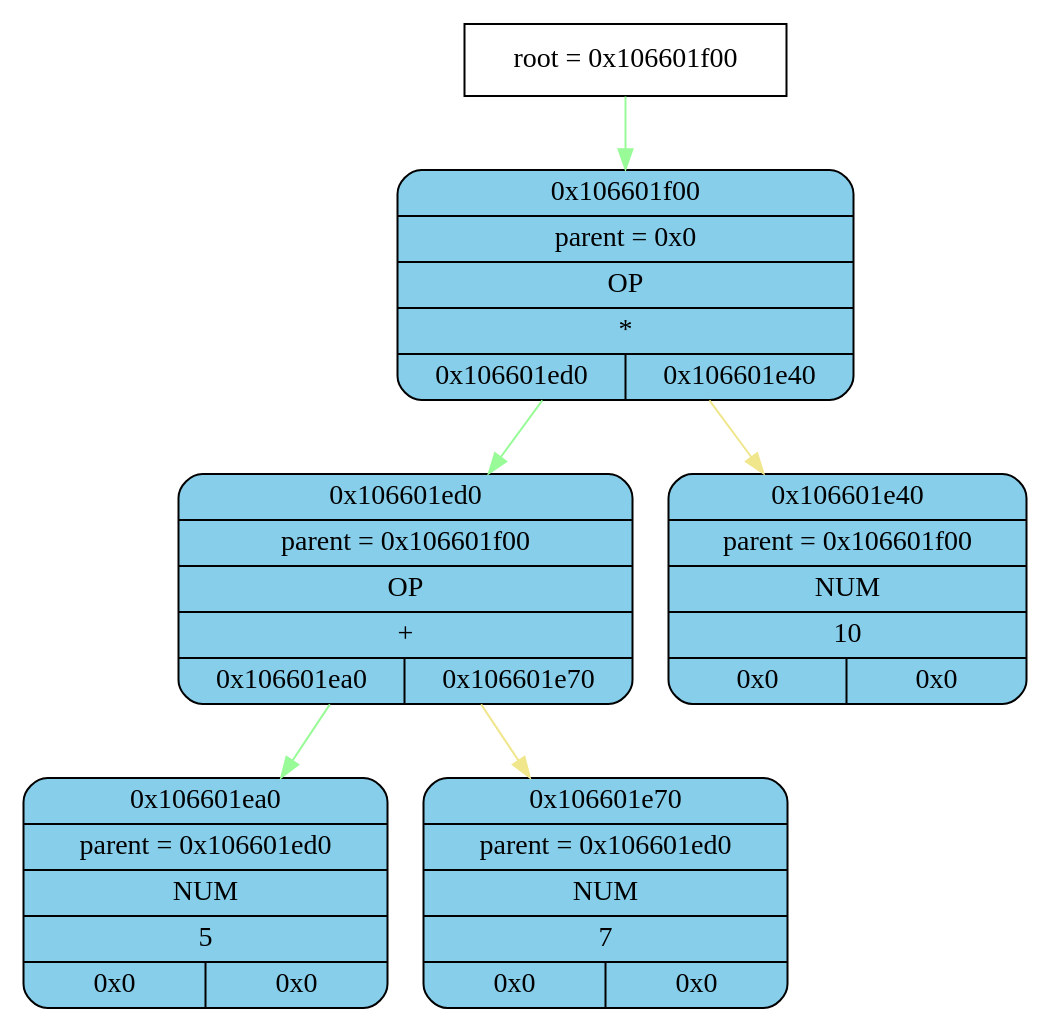
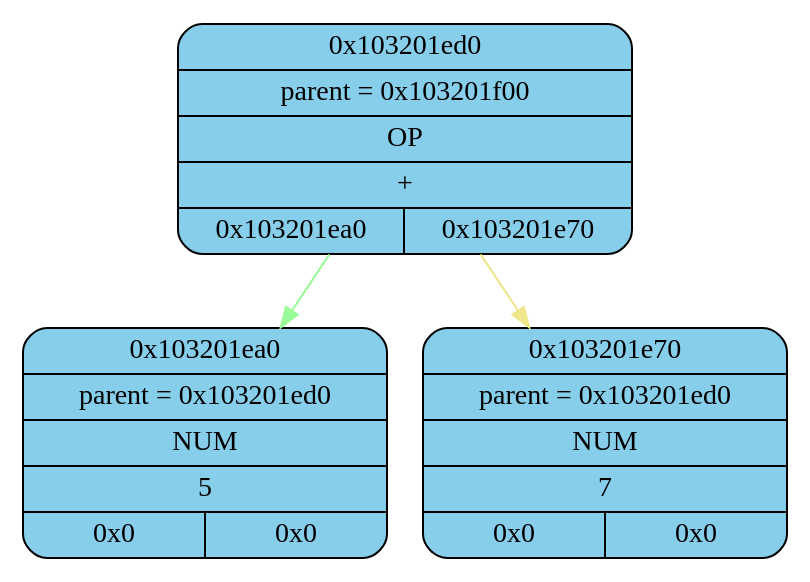
One commit to esgalimov/differentiator changed the diagram in tmp/graphviz.dot. Above: the diagram before and after it, drawn with Graphviz. The commit also changed 7 other files, not shown here.

```diff
--- a/tmp/graphviz.dot
+++ b/tmp/graphviz.dot
@@ -1,20 +1,11 @@
 digraph
 {
-    node_info[shape = record, label = "{root = 0x106601f00}"];
-
-    node_info->node_0x106601f00 [color = "#98FB98"];
-    node_0x106601f00[shape = Mrecord, label = "{{0x106601f00} | {parent =  0x0} | {OP} | {*} | {0x106601ed0 | 0x106601e40}}",
+    node_0x103201ed0[shape = Mrecord, label = "{{0x103201ed0} | {parent =  0x103201f00} | {OP} | {+} | {0x103201ea0 | 0x103201e70}}",
                 style="filled", fillcolor="#87CEEB"];
-    node_0x106601ed0[shape = Mrecord, label = "{{0x106601ed0} | {parent =  0x106601f00} | {OP} | {+} | {0x106601ea0 | 0x106601e70}}",
+    node_0x103201ea0[shape = Mrecord, label = "{{0x103201ea0} | {parent =  0x103201ed0} | {NUM} | {5} | {0x0 | 0x0}}",
                 style="filled", fillcolor="#87CEEB"];
-    node_0x106601ea0[shape = Mrecord, label = "{{0x106601ea0} | {parent =  0x106601ed0} | {NUM} | {5} | {0x0 | 0x0}}",
+    node_0x103201e70[shape = Mrecord, label = "{{0x103201e70} | {parent =  0x103201ed0} | {NUM} | {7} | {0x0 | 0x0}}",
                 style="filled", fillcolor="#87CEEB"];
-    node_0x106601e70[shape = Mrecord, label = "{{0x106601e70} | {parent =  0x106601ed0} | {NUM} | {7} | {0x0 | 0x0}}",
-                style="filled", fillcolor="#87CEEB"];
-    node_0x106601e40[shape = Mrecord, label = "{{0x106601e40} | {parent =  0x106601f00} | {NUM} | {10} | {0x0 | 0x0}}",
-                style="filled", fillcolor="#87CEEB"];
-    node_0x106601f00->node_0x106601ed0 [color = "#98FB98"];
-    node_0x106601ed0->node_0x106601ea0 [color = "#98FB98"];
-    node_0x106601ed0->node_0x106601e70 [color = "#F0E68C"];
-    node_0x106601f00->node_0x106601e40 [color = "#F0E68C"];
+    node_0x103201ed0->node_0x103201ea0 [color = "#98FB98"];
+    node_0x103201ed0->node_0x103201e70 [color = "#F0E68C"];
 }
```
